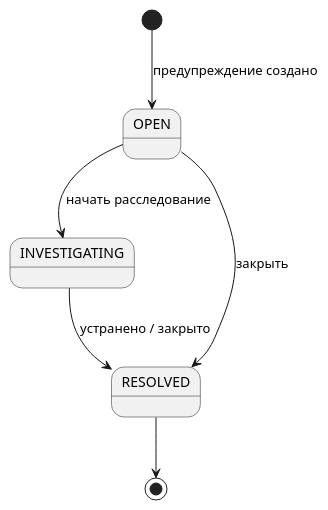
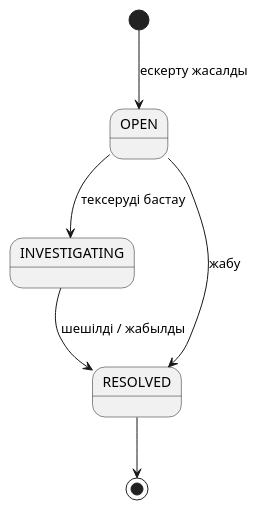
The diagram in docs/UML/alert-state.puml (FURIA-Team/-SIEM), drawn with PlantUML before and after one commit.

Commit message:
docs: translate UML diagram labels into Kazakh

```diff
--- a/docs/UML/alert-state.puml
+++ b/docs/UML/alert-state.puml
@@ -1,7 +1,7 @@
 @startuml
-[*] --> OPEN : предупреждение создано
-OPEN --> INVESTIGATING : начать расследование
-INVESTIGATING --> RESOLVED : устранено / закрыто
-OPEN --> RESOLVED : закрыть
+[*] --> OPEN : ескерту жасалды
+OPEN --> INVESTIGATING : тексеруді бастау
+INVESTIGATING --> RESOLVED : шешілді / жабылды
+OPEN --> RESOLVED : жабу
 RESOLVED --> [*]
 @enduml
```
